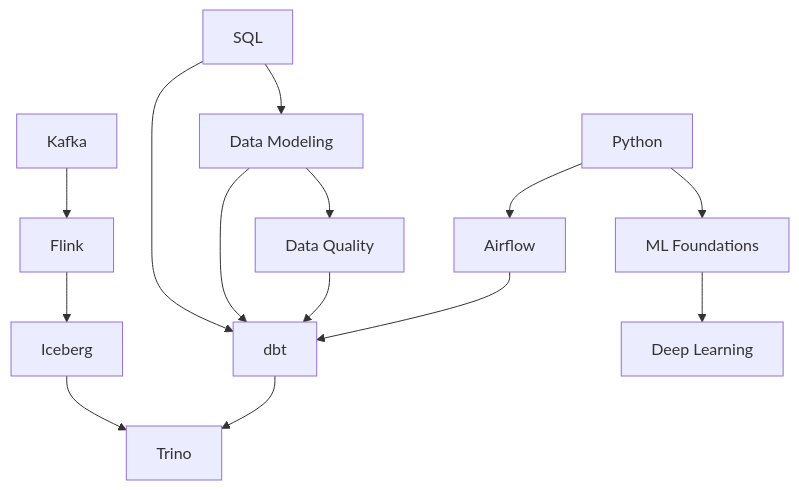
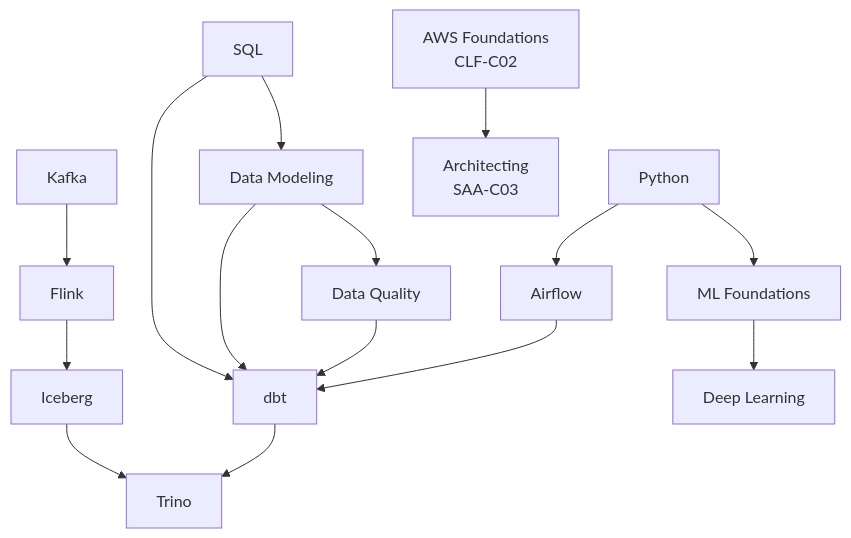
The diagram in docs/index.md (vuhoang001/knowledge), drawn with Mermaid before and after one commit. The commit also changed other lines of this file and 69 other files, not shown here.

First line of the commit message:
aws: dung module CLF-C02 — 19 tai lieu khop 19 task statement

````diff
--- a/docs/index.md
+++ b/docs/index.md
@@ -359,16 +395,17 @@
 ```mermaid
 graph TD
   SQL[SQL] --> DM[Data Modeling]
   DM --> DQ[Data Quality]
   SQL --> DBT[dbt]
   DM --> DBT
   DQ --> DBT
   PY[Python] --> AF[Airflow]
   AF --> DBT
   KAFKA[Kafka] --> FLINK[Flink]
   FLINK --> ICE[Iceberg]
   ICE --> TRINO[Trino]
   DBT --> TRINO
   PY --> MLF[ML Foundations]
   MLF --> MLD[Deep Learning]
+  AWSF[AWS Foundations<br/>CLF-C02] --> AWSA[Architecting<br/>SAA-C03]
 ```
````
